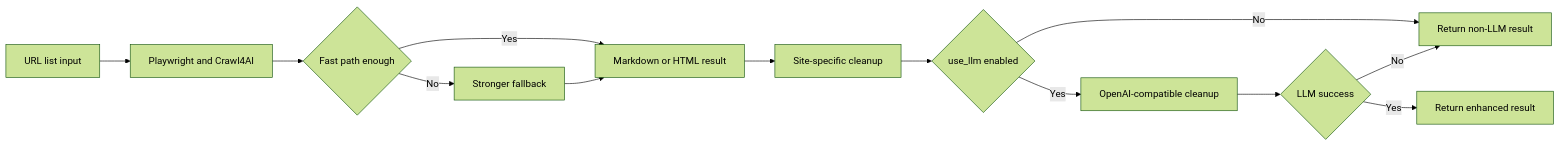
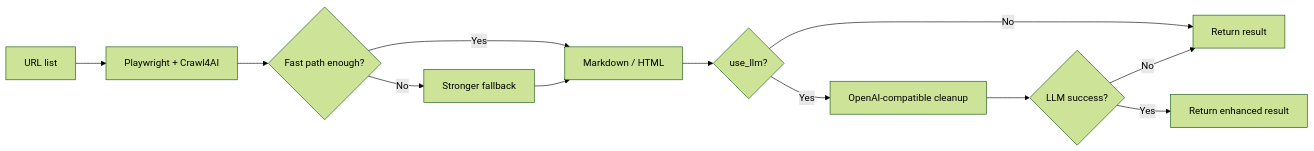
One commit to pazyork/crawl4ai-mcp changed the first of 2 diagrams in README.md. Above: the diagram before and after it, drawn with Mermaid (forest theme). The commit also changed other lines of this file, not shown here.

````diff
--- a/README.md
+++ b/README.md
@@ -45,15 +49,14 @@
 ```mermaid
 flowchart LR
-    A[URL list input] --> B[Playwright and Crawl4AI]
-    B --> C{Fast path enough}
-    C -- Yes --> D[Markdown or HTML result]
+    A[URL list] --> B[Playwright + Crawl4AI]
+    B --> C{Fast path enough?}
+    C -- Yes --> D[Markdown / HTML]
     C -- No --> E[Stronger fallback]
     E --> D
-    D --> F[Site-specific cleanup]
-    F --> G{use_llm enabled}
-    G -- No --> H[Return non-LLM result]
-    G -- Yes --> I[OpenAI-compatible cleanup]
-    I --> J{LLM success}
-    J -- Yes --> K[Return enhanced result]
-    J -- No --> H
+    D --> F{use_llm?}
+    F -- No --> G[Return result]
+    F -- Yes --> H[OpenAI-compatible cleanup]
+    H --> I{LLM success?}
+    I -- Yes --> J[Return enhanced result]
+    I -- No --> G
 ```
````
